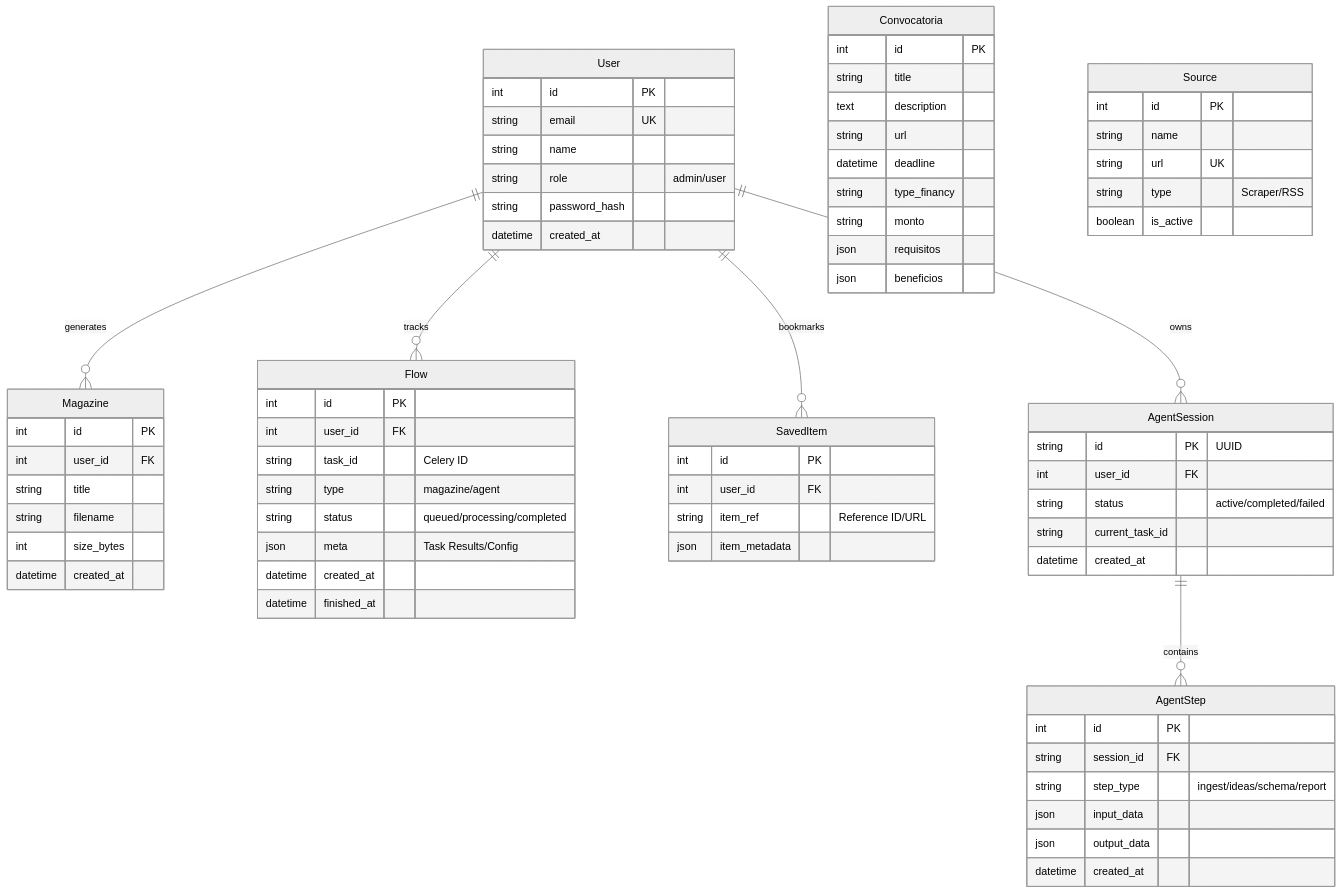
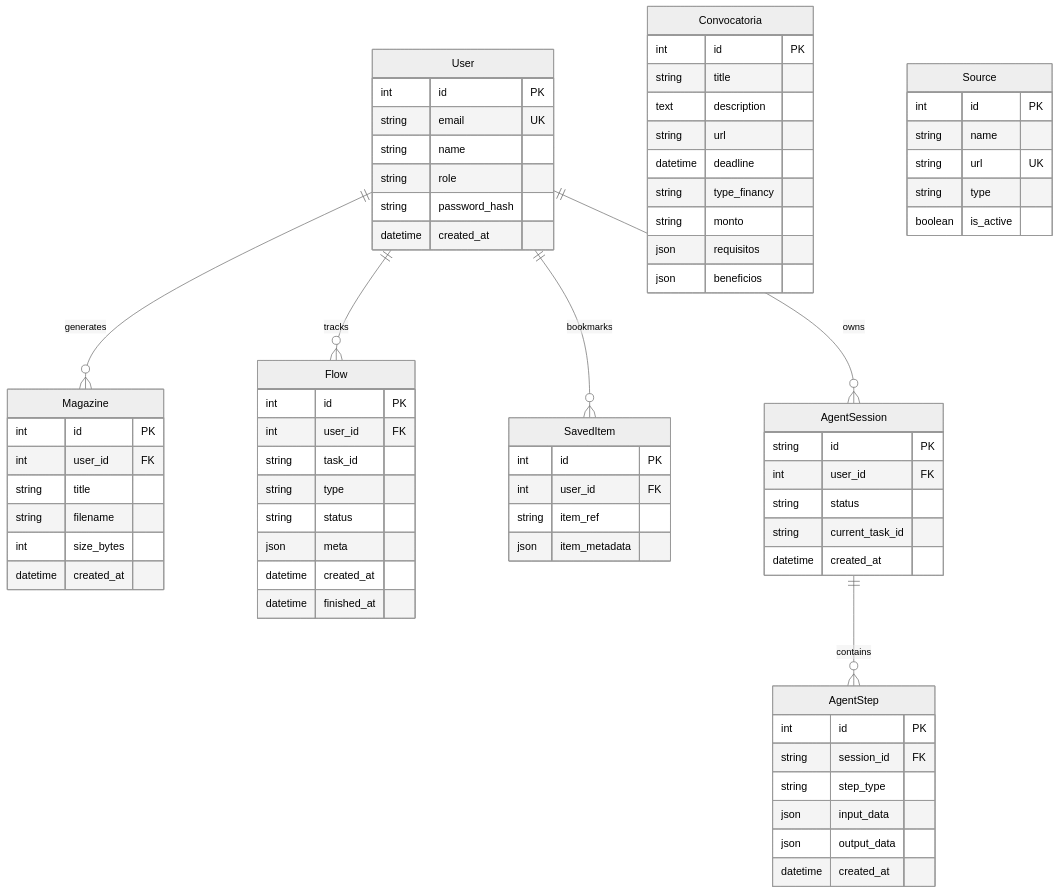
The second of 2 diagrams in README.md (carlosDAC2020/Full_Agent_CTM), drawn with Mermaid (neutral theme) before and after one commit.

Commit message:
dearrollo de documentacion correccion de diagramd e de DB

````diff
--- a/README.md
+++ b/README.md
@@ -231,82 +231,82 @@
 ```mermaid
 erDiagram
-    User ||--o{ Magazine : "generates"
-    User ||--o{ Flow : "tracks"
-    User ||--o{ SavedItem : "bookmarks"
-    User ||--o{ AgentSession : "owns"
+    User ||--o{ Magazine : generates
+    User ||--o{ Flow : tracks
+    User ||--o{ SavedItem : bookmarks
+    User ||--o{ AgentSession : owns
     
-    AgentSession ||--o{ AgentStep : "contains"
+    AgentSession ||--o{ AgentStep : contains
     
     User {
         int id PK
         string email UK
         string name
-        string role "admin/user"
+        string role
         string password_hash
         datetime created_at
     }
     
     AgentSession {
-        string id PK "UUID"
+        string id PK
         int user_id FK
-        string status "active/completed/failed"
+        string status
         string current_task_id
         datetime created_at
     }
     
     AgentStep {
         int id PK
         string session_id FK
-        string step_type "ingest/ideas/schema/report"
+        string step_type
         json input_data
         json output_data
         datetime created_at
     }
     
     Magazine {
         int id PK
         int user_id FK
         string title
         string filename
         int size_bytes
         datetime created_at
     }
     
     Flow {
         int id PK
         int user_id FK
-        string task_id "Celery ID"
-        string type "magazine/agent"
-        string status "queued/processing/completed"
-        json meta "Task Results/Config"
+        string task_id
+        string type
+        string status
+        json meta
         datetime created_at
         datetime finished_at
     }
     
     Convocatoria {
         int id PK
         string title
         text description
         string url
         datetime deadline
         string type_financy
         string monto
         json requisitos
         json beneficios
     }
     
     SavedItem {
         int id PK
         int user_id FK
-        string item_ref "Reference ID/URL"
+        string item_ref
         json item_metadata
     }
 
     Source {
         int id PK
         string name
         string url UK
-        string type "Scraper/RSS"
+        string type
         boolean is_active
     }
 ```
````
